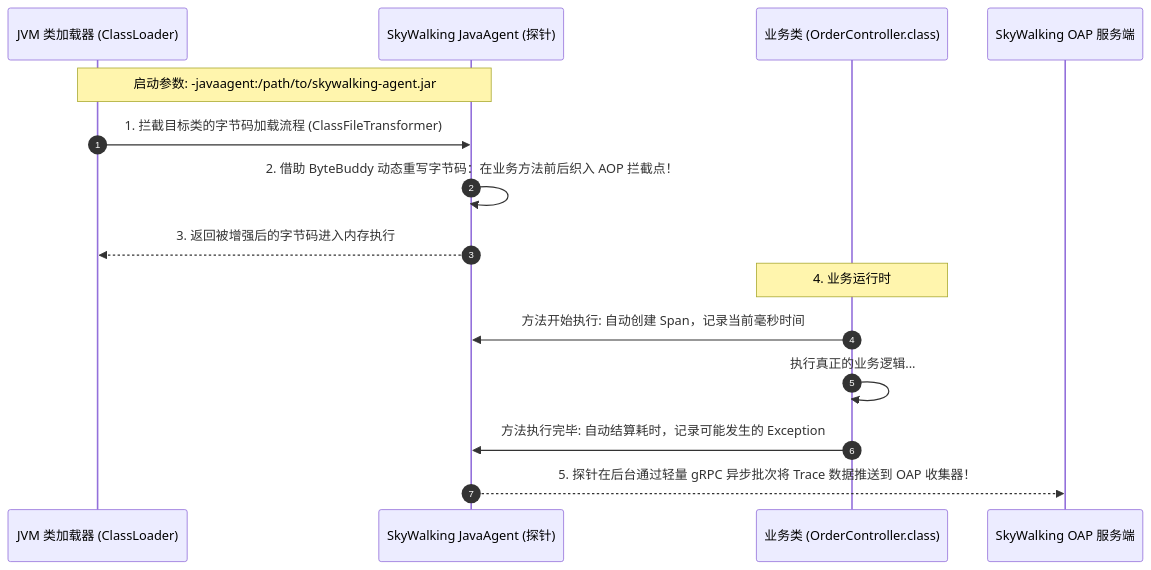
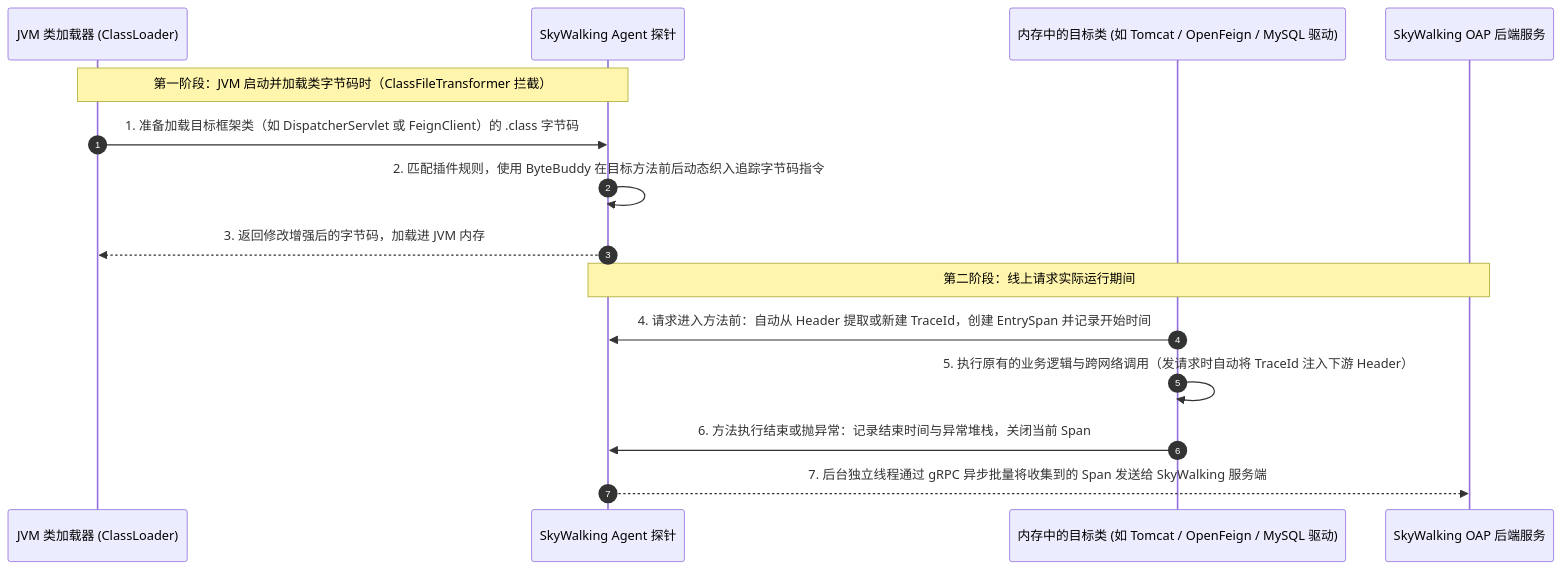
The second of 4 diagrams in 20-Java后端/07-分布式与微服务/08-链路追踪.md (GuoWWWX/knowledge-base), drawn with Mermaid before and after one commit. The commit also changed other lines of this file and 251 other files, not shown here.

````diff
--- a/20-Java后端/07-分布式与微服务/08-链路追踪.md
+++ b/20-Java后端/07-分布式与微服务/08-链路追踪.md
@@ -65,20 +86,19 @@
 ```mermaid
 sequenceDiagram
     autonumber
     participant JVM as JVM 类加载器 (ClassLoader)
-    participant Agent as SkyWalking JavaAgent (探针)
-    participant Class as 业务类 (OrderController.class)
-    participant Server as SkyWalking OAP 服务端
+    participant Agent as SkyWalking Agent 探针
+    participant Biz as 内存中的目标类 (如 Tomcat / OpenFeign / MySQL 驱动)
+    participant OAP as SkyWalking OAP 后端服务
 
-    Note over JVM,Agent: 启动参数: -javaagent:/path/to/skywalking-agent.jar
-    JVM->>Agent: 1. 拦截目标类的字节码加载流程 (ClassFileTransformer)
-    Agent->>Agent: 2. 借助 ByteBuddy 动态重写字节码：在业务方法前后织入 AOP 拦截点！
-    Agent-->>JVM: 3. 返回被增强后的字节码进入内存执行
-    
-    Note over Class: 4. 业务运行时
-    Class->>Agent: 方法开始执行: 自动创建 Span，记录当前毫秒时间
-    Class->>Class: 执行真正的业务逻辑...
-    Class->>Agent: 方法执行完毕: 自动结算耗时，记录可能发生的 Exception
-    
-    Agent-->>Server: 5. 探针在后台通过轻量 gRPC 异步批次将 Trace 数据推送到 OAP 收集器！
+    Note over JVM,Agent: 第一阶段：JVM 启动并加载类字节码时（ClassFileTransformer 拦截）
+    JVM->>Agent: 1. 准备加载目标框架类（如 DispatcherServlet 或 FeignClient）的 .class 字节码
+    Agent->>Agent: 2. 匹配插件规则，使用 ByteBuddy 在目标方法前后动态织入追踪字节码指令
+    Agent-->>JVM: 3. 返回修改增强后的字节码，加载进 JVM 内存
+
+    Note over Agent,OAP: 第二阶段：线上请求实际运行期间
+    Biz->>Agent: 4. 请求进入方法前：自动从 Header 提取或新建 TraceId，创建 EntrySpan 并记录开始时间
+    Biz->>Biz: 5. 执行原有的业务逻辑与跨网络调用（发请求时自动将 TraceId 注入下游 Header）
+    Biz->>Agent: 6. 方法执行结束或抛异常：记录结束时间与异常堆栈，关闭当前 Span
+    Agent-->>OAP: 7. 后台独立线程通过 gRPC 异步批量将收集到的 Span 发送给 SkyWalking 服务端
 ```
````
